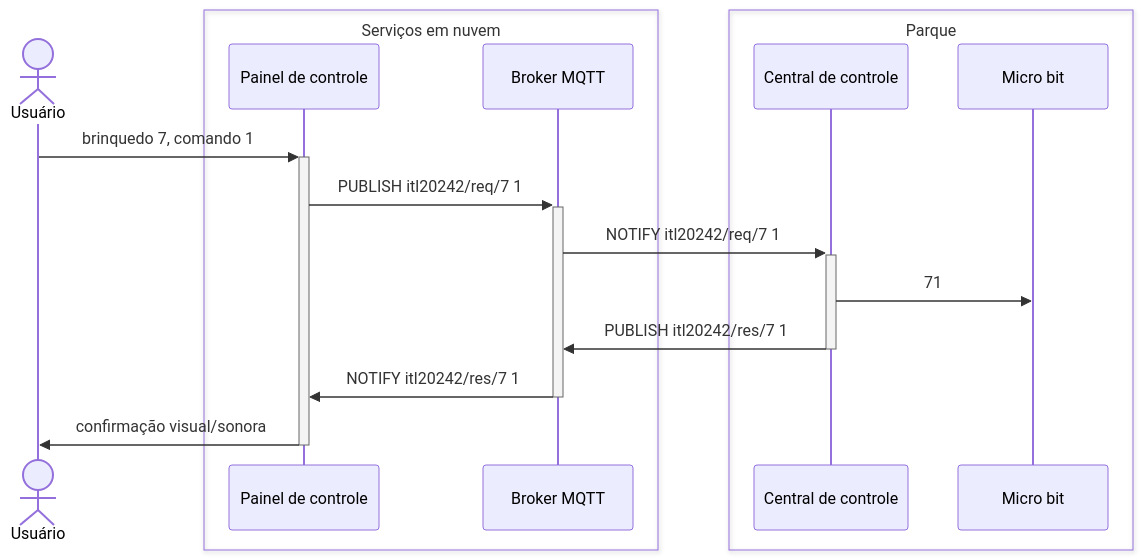
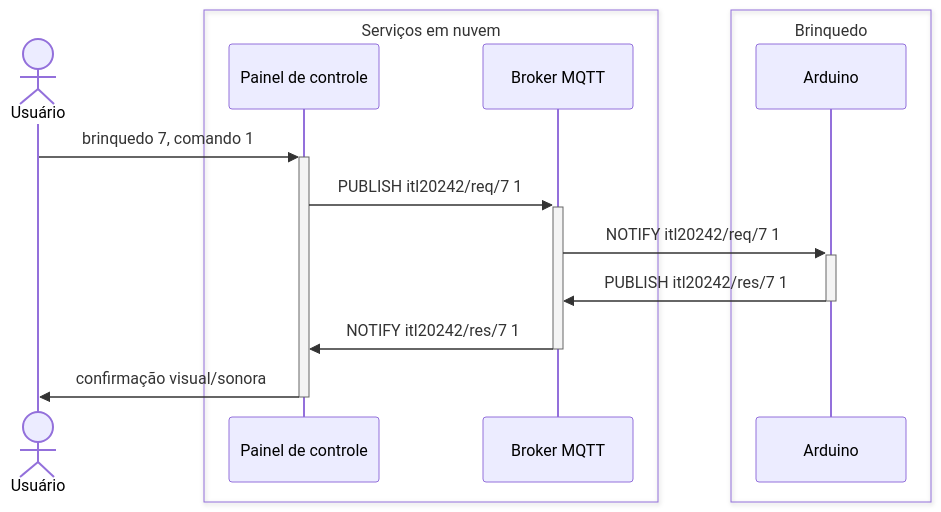
The second of 2 diagrams in parque-de-diversoes/README.md (ederson-torresini/itl20242), drawn with Mermaid before and after one commit. The commit also changed other lines of this file and 5 other files, not shown here.

````diff
--- a/parque-de-diversoes/README.md
+++ b/parque-de-diversoes/README.md
@@ -7,20 +38,18 @@
 ```mermaid
 sequenceDiagram
   actor Usuário
   box Serviços em nuvem
     participant Painel de controle
     participant Broker MQTT
   end
-  box Parque
-    participant Central de controle
-    participant Micro bit
+  box Brinquedo
+    participant Arduino
   end
   
   Usuário ->>+ Painel de controle: brinquedo 7, comando 1
   Painel de controle ->>+ Broker MQTT: PUBLISH itl20242/req/7 1
-  Broker MQTT ->>+ Central de controle: NOTIFY itl20242/req/7 1
-  Central de controle ->> Micro bit: 71
-  Central de controle ->>- Broker MQTT: PUBLISH itl20242/res/7 1
+  Broker MQTT ->>+ Arduino: NOTIFY itl20242/req/7 1
+  Arduino ->>- Broker MQTT: PUBLISH itl20242/res/7 1
   Broker MQTT ->>- Painel de controle: NOTIFY itl20242/res/7 1
   Painel de controle ->>- Usuário: confirmação visual/sonora
 ```
````
